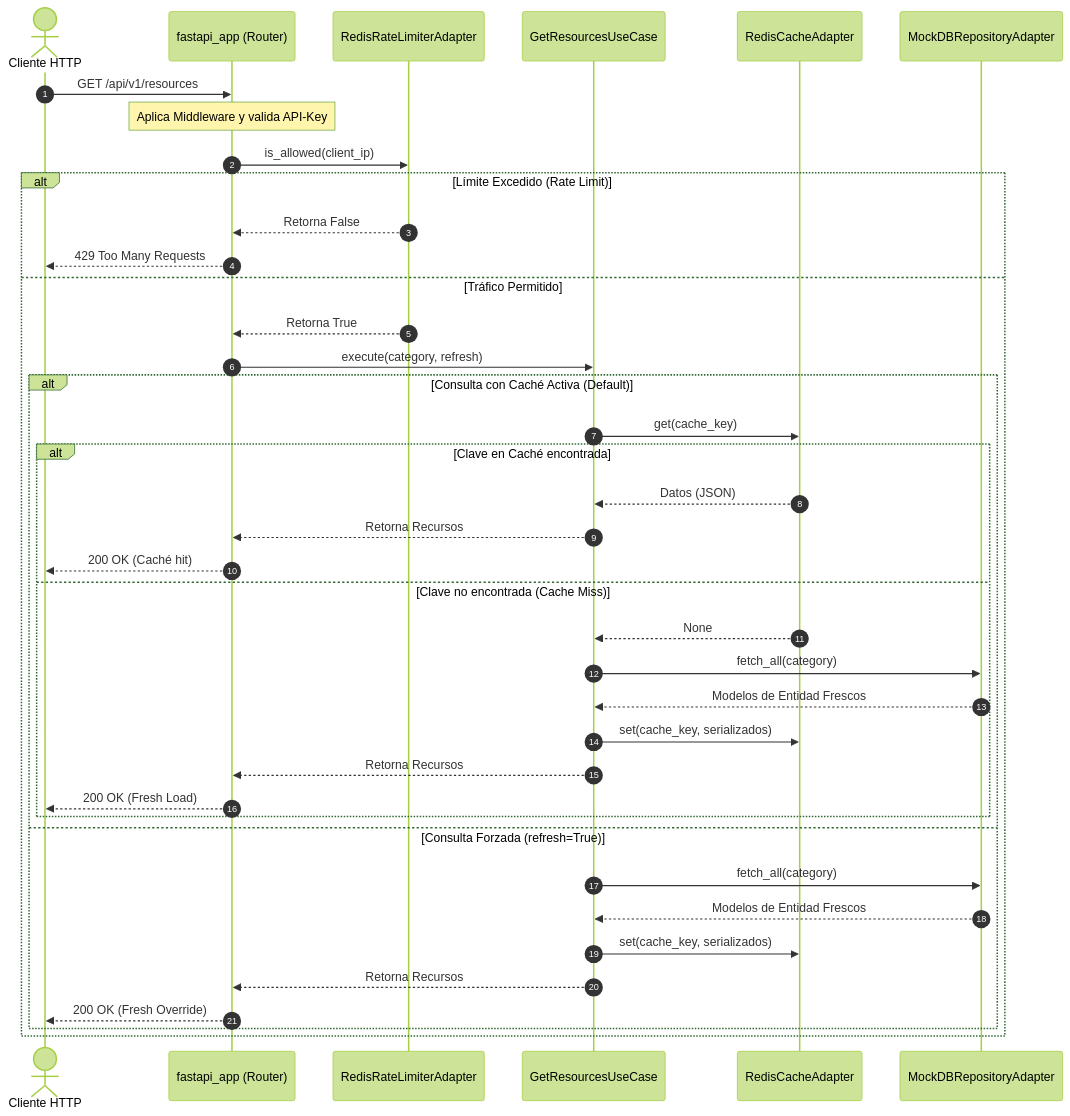
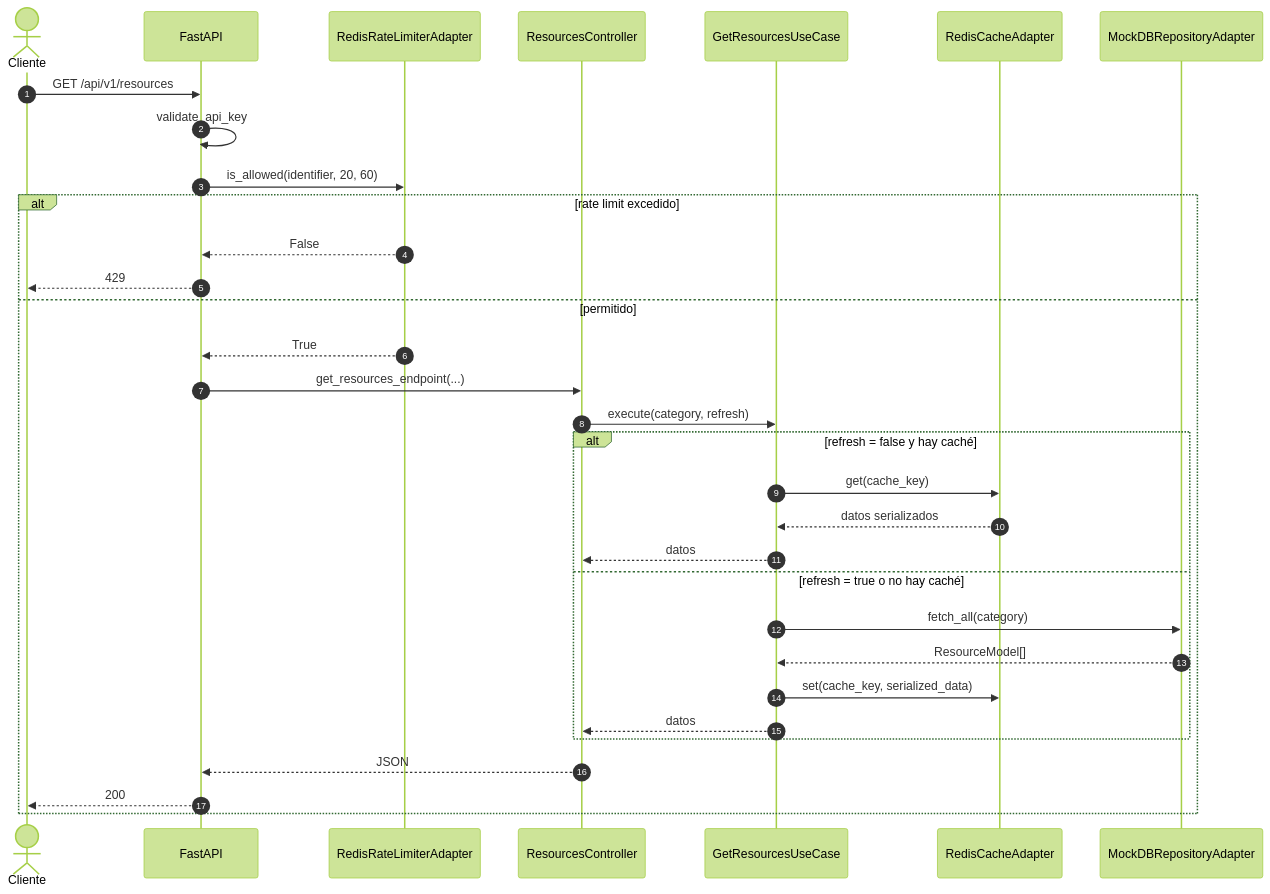
The second of 3 diagrams in ARCHITECTURE.md (jagelvisR/APIvenezuelaearthquake), drawn with Mermaid (forest theme) before and after one commit. The commit also changed other lines of this file and 28 other files, not shown here.

````diff
--- a/ARCHITECTURE.md
+++ b/ARCHITECTURE.md
@@ -66,44 +64,38 @@
 ```mermaid
 sequenceDiagram
     autonumber
-    actor Cliente as Cliente HTTP
-    participant App as fastapi_app (Router)
+    actor Cliente
+    participant App as FastAPI
     participant Rate as RedisRateLimiterAdapter
+    participant Controller as ResourcesController
     participant UseCase as GetResourcesUseCase
     participant Cache as RedisCacheAdapter
-    participant DB as MockDBRepositoryAdapter
+    participant Repo as MockDBRepositoryAdapter
 
-    Cliente ->> App: GET /api/v1/resources
-    Note over App: Aplica Middleware y valida API-Key
-    App ->> Rate: is_allowed(client_ip)
-    
-    alt Límite Excedido (Rate Limit)
-        Rate -->> App: Retorna False
-        App -->> Cliente: 429 Too Many Requests
-    else Tráfico Permitido
-        Rate -->> App: Retorna True
-        App ->> UseCase: execute(category, refresh)
-        
-        alt Consulta con Caché Activa (Default)
-            UseCase ->> Cache: get(cache_key)
-            alt Clave en Caché encontrada
-                Cache -->> UseCase: Datos (JSON)
-                UseCase -->> App: Retorna Recursos
-                App -->> Cliente: 200 OK (Caché hit)
-            else Clave no encontrada (Cache Miss)
-                Cache -->> UseCase: None
-                UseCase ->> DB: fetch_all(category)
-                DB -->> UseCase: Modelos de Entidad Frescos
-                UseCase ->> Cache: set(cache_key, serializados)
-                UseCase -->> App: Retorna Recursos
-                App -->> Cliente: 200 OK (Fresh Load)
-            end
-        else Consulta Forzada (refresh=True)
-            UseCase ->> DB: fetch_all(category)
-            DB -->> UseCase: Modelos de Entidad Frescos
-            UseCase ->> Cache: set(cache_key, serializados)
-            UseCase -->> App: Retorna Recursos
-            App -->> Cliente: 200 OK (Fresh Override)
+    Cliente->>App: GET /api/v1/resources
+    App->>App: validate_api_key
+    App->>Rate: is_allowed(identifier, 20, 60)
+
+    alt rate limit excedido
+        Rate-->>App: False
+        App-->>Cliente: 429
+    else permitido
+        Rate-->>App: True
+        App->>Controller: get_resources_endpoint(...)
+        Controller->>UseCase: execute(category, refresh)
+
+        alt refresh = false y hay caché
+            UseCase->>Cache: get(cache_key)
+            Cache-->>UseCase: datos serializados
+            UseCase-->>Controller: datos
+        else refresh = true o no hay caché
+            UseCase->>Repo: fetch_all(category)
+            Repo-->>UseCase: ResourceModel[]
+            UseCase->>Cache: set(cache_key, serialized_data)
+            UseCase-->>Controller: datos
         end
+
+        Controller-->>App: JSON
+        App-->>Cliente: 200
     end
 ```
````
